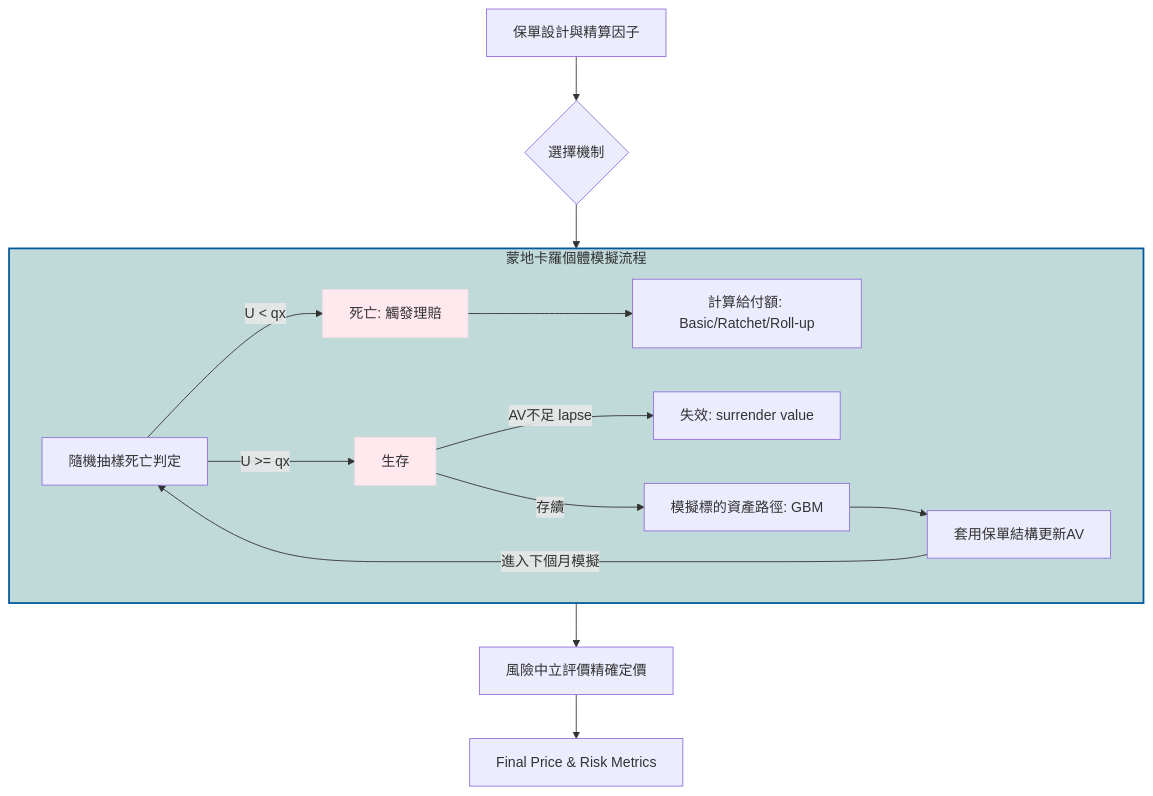
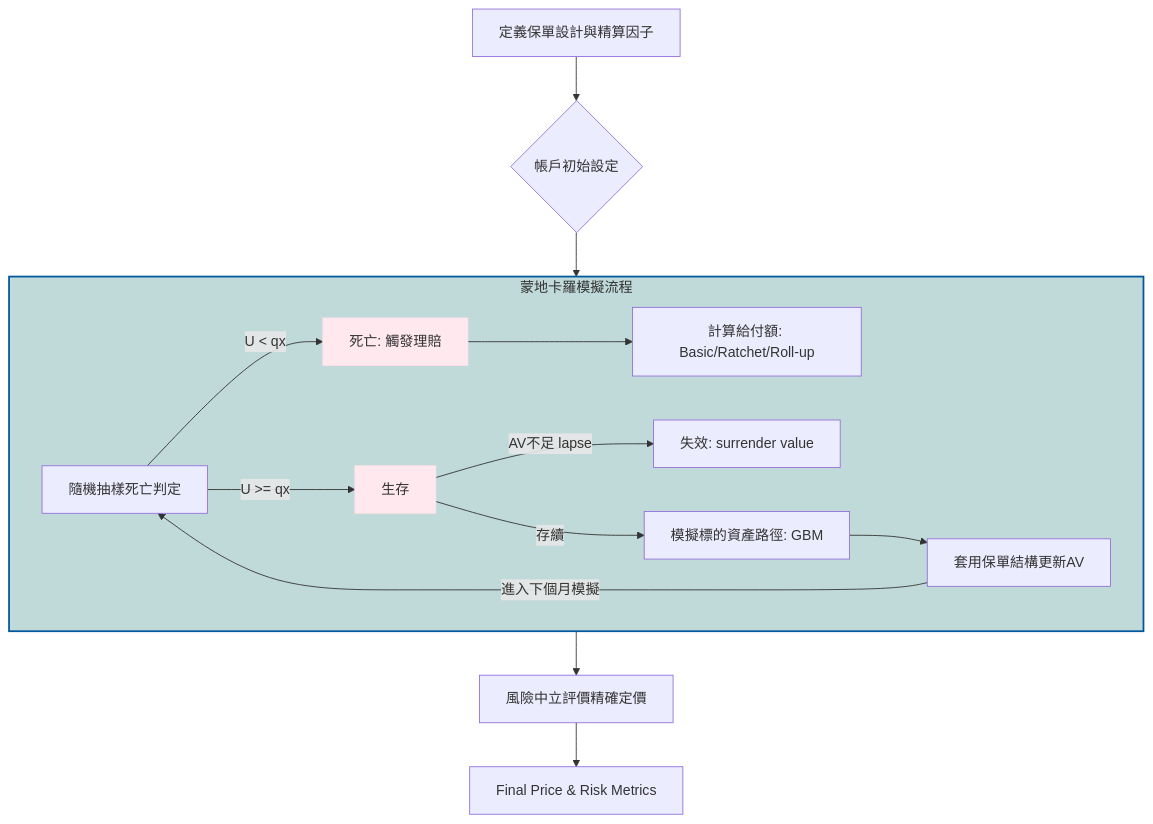
One commit to Kai-Yun-Chang/--Simulation-Python changed the diagram in README.md. Above: the diagram before and after it, drawn with Mermaid.

````diff
--- a/README.md
+++ b/README.md
@@ -26,25 +26,25 @@
 ```mermaid
 graph TD
     %% 主流程
-    Input[保單設計與精算因子] --> Mechanism{選擇機制}
+    Input[定義保單設計與精算因子] --> Mechanism{帳戶初始設定}
     Mechanism --> Simulation[蒙地卡羅模擬流程]
     Simulation --> Risk-neutral[風險中立評價精確定價]
     Risk-neutral --> Result[Final Price & Risk Metrics]
 
     %% 蒙地卡羅詳細步驟 (子圖)
-    subgraph Simulation [蒙地卡羅個體模擬流程]
+    subgraph Simulation [蒙地卡羅模擬流程]
         S1[隨機抽樣死亡判定] -->|U < qx| Dead[死亡: 觸發理賠]
         S1 -->|U >= qx| Alive[生存]
         Dead --> DB[計算給付額: Basic/Ratchet/Roll-up]
         Alive --> |AV不足 lapse| Lapse[失效: surrender value]
         Alive --> |存續|S2[模擬標的資產路徑: GBM]
         S2 --> S3[套用保單結構更新AV]
        
         
         S3 -->|進入下個月模擬| S1
     end
 
     style Dead fill:#ffe9ef,stroke:#ffdee7
     style Alive fill:#ffe9ef,stroke:#ffdee7
     style Simulation fill:#c0d9d9,stroke:#01579b,stroke-width:2px
 ```
````
